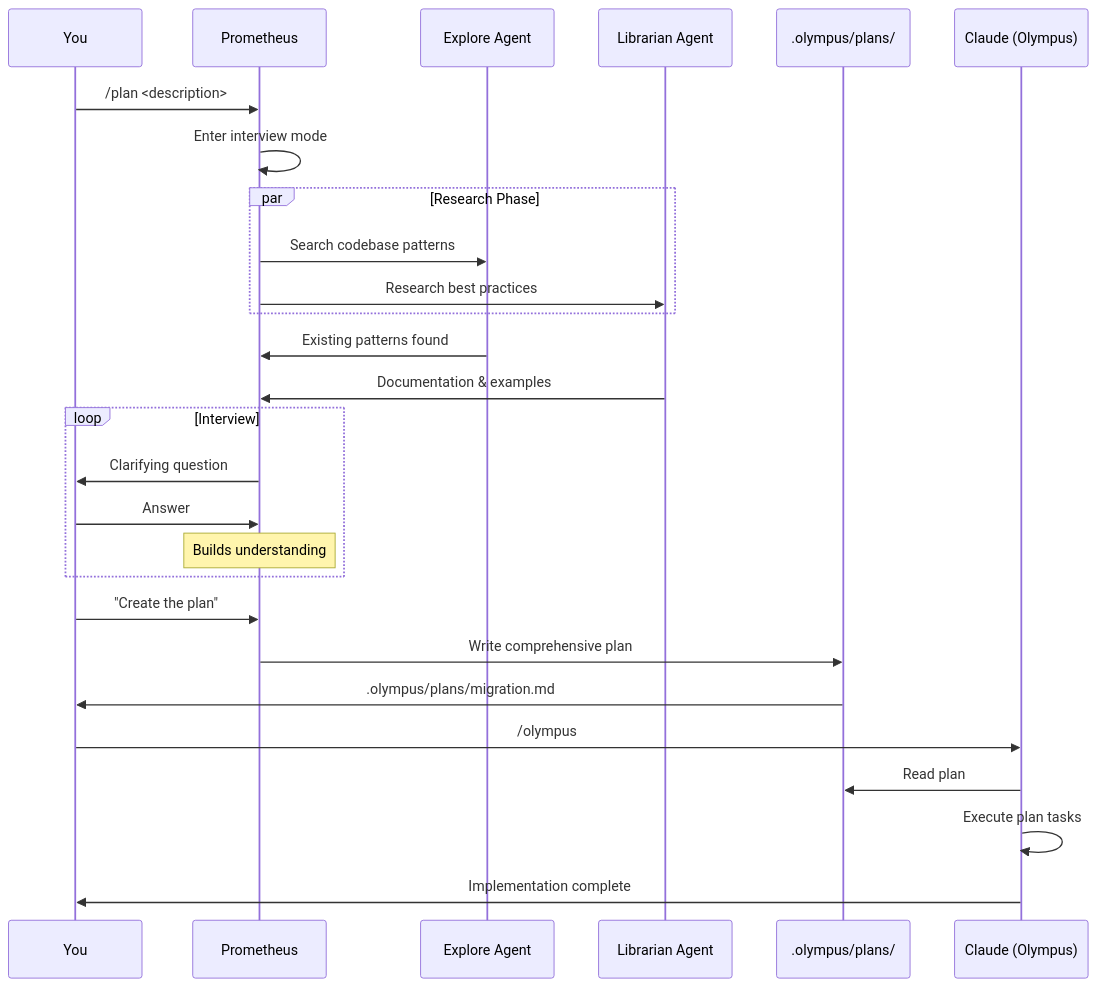
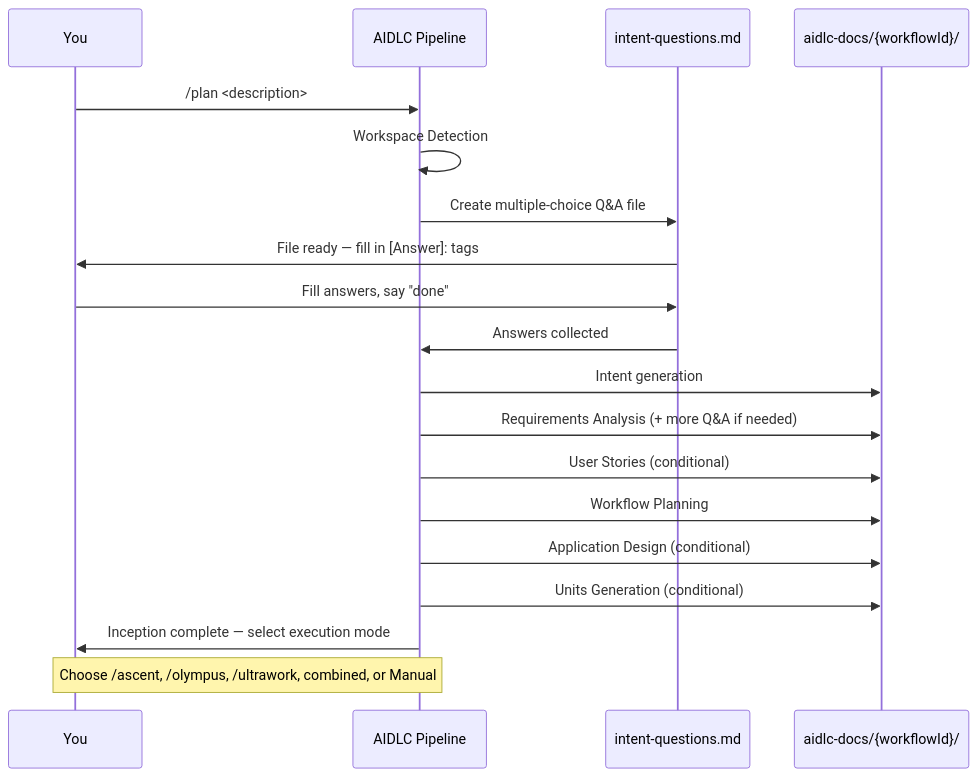
One commit to mikev10/olympus changed the second of 2 diagrams in docs/guide/workflow-guide.md. Above: the diagram before and after it, drawn with Mermaid. The commit also changed other lines of this file, not shown here.

First line of the commit message:
docs: update workflow guide to reflect AIDLC pipeline and file-based Q&A

````diff
--- a/docs/guide/workflow-guide.md
+++ b/docs/guide/workflow-guide.md
@@ -166,35 +179,25 @@
 ```mermaid
 sequenceDiagram
     participant You
-    participant Prometheus
-    participant Explore as Explore Agent
-    participant Librarian as Librarian Agent
-    participant Plan as .olympus/plans/
-    participant Claude as Claude (Olympus)
+    participant Pipeline as AIDLC Pipeline
+    participant QAFile as intent-questions.md
+    participant Artifacts as aidlc-docs/{workflowId}/
 
-    You->>Prometheus: /plan <description>
-    Prometheus->>Prometheus: Enter interview mode
+    You->>Pipeline: /plan <description>
+    Pipeline->>Pipeline: Workspace Detection
+    Pipeline->>QAFile: Create multiple-choice Q&A file
+    QAFile->>You: File ready — fill in [Answer]: tags
 
-    par Research Phase
-        Prometheus->>Explore: Search codebase patterns
-        Prometheus->>Librarian: Research best practices
-    end
+    You->>QAFile: Fill answers, say "done"
+    QAFile->>Pipeline: Answers collected
 
-    Explore->>Prometheus: Existing patterns found
-    Librarian->>Prometheus: Documentation & examples
+    Pipeline->>Artifacts: Intent generation
+    Pipeline->>Artifacts: Requirements Analysis (+ more Q&A if needed)
+    Pipeline->>Artifacts: User Stories (conditional)
+    Pipeline->>Artifacts: Workflow Planning
+    Pipeline->>Artifacts: Application Design (conditional)
+    Pipeline->>Artifacts: Units Generation (conditional)
 
-    loop Interview
-        Prometheus->>You: Clarifying question
-        You->>Prometheus: Answer
-        Note over Prometheus: Builds understanding
-    end
-
-    You->>Prometheus: "Create the plan"
-    Prometheus->>Plan: Write comprehensive plan
-    Plan->>You: .olympus/plans/migration.md
-
-    You->>Claude: /olympus
-    Claude->>Plan: Read plan
-    Claude->>Claude: Execute plan tasks
-    Claude->>You: Implementation complete
+    Pipeline->>You: Inception complete — select execution mode
+    Note over You,Pipeline: Choose /ascent, /olympus, /ultrawork, combined, or Manual
 ```
````
